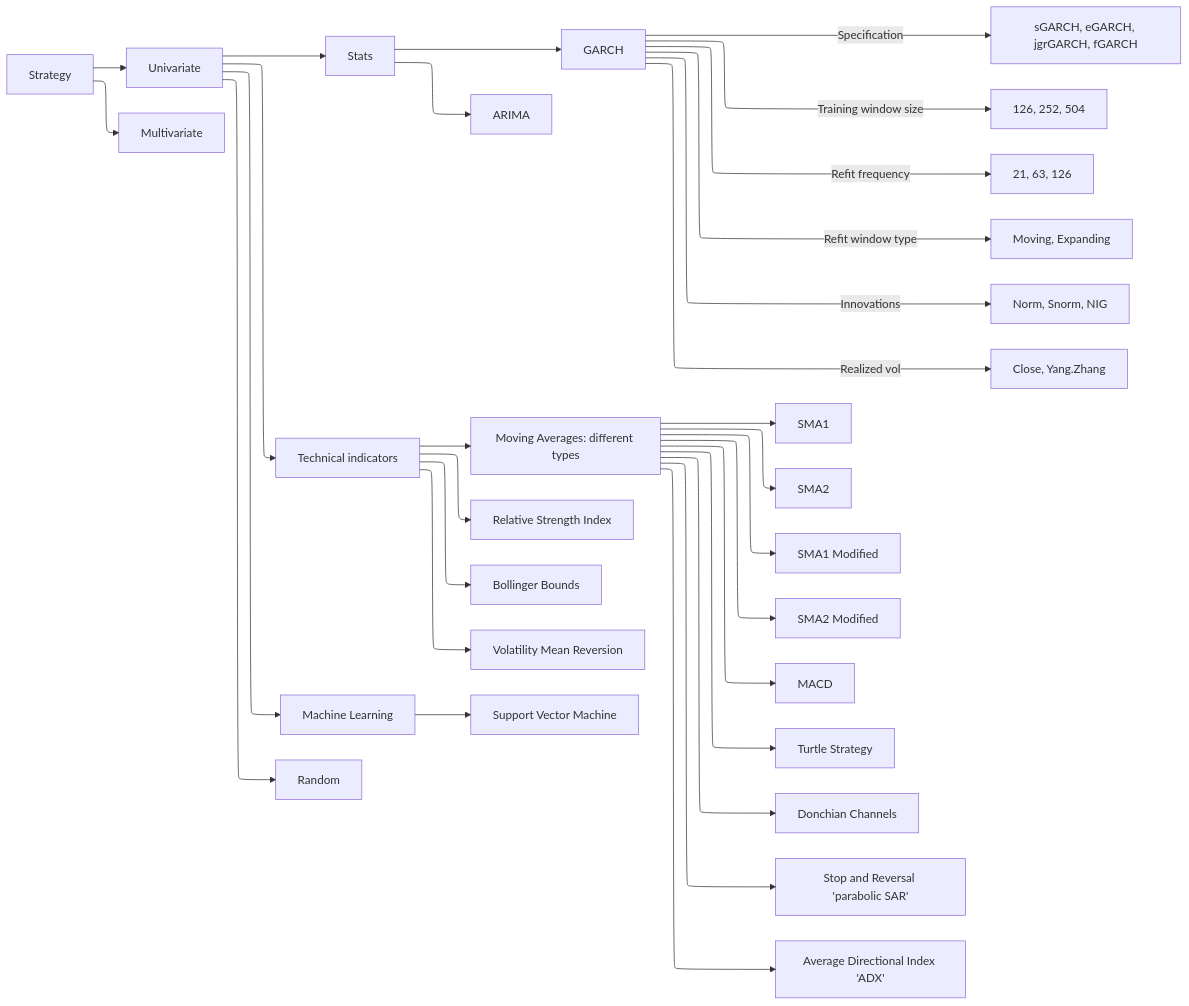
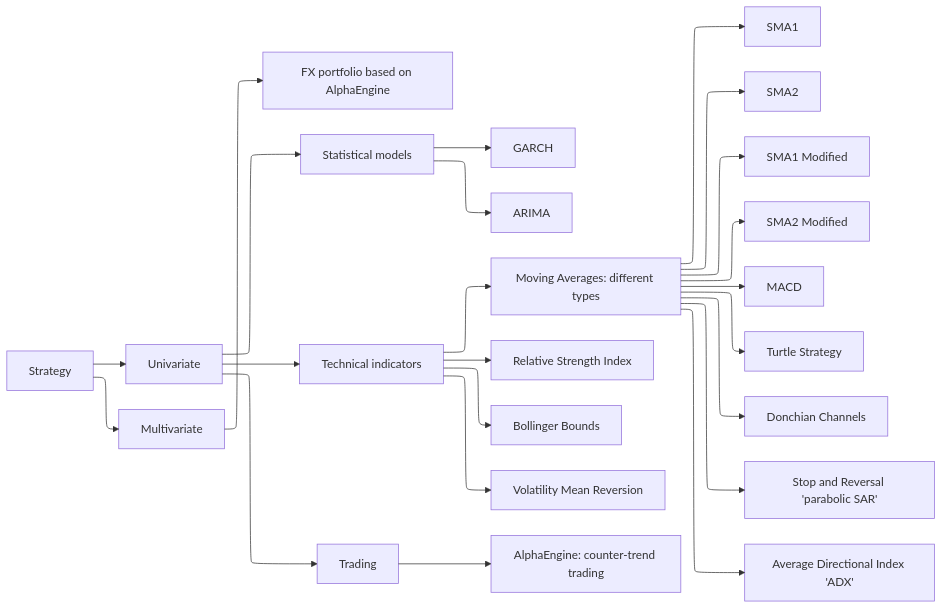
The diagram in README.md (kraif999/ATS), drawn with Mermaid before and after one commit. The commit also changed other lines of this file, not shown here.

````diff
--- a/README.md
+++ b/README.md
@@ -11,32 +17,26 @@
 ```mermaid
 %%{init: {"flowchart": {"defaultRenderer": "elk", "nodeWidth": 1000}}}%%
 flowchart LR
     Strategy[Strategy] --> Univariate[Univariate]
     Strategy --> Multivariate[Multivariate]
+    Multivariate --> alphaportfolio[FX portfolio based on AlphaEngine]
     Univariate --> Stats[Stats]
-    Stats[Stats] --> GARCH
-    GARCH -->|Specification| spec[sGARCH, eGARCH, jgrGARCH, fGARCH]
-    GARCH -->|Training window size| training[126, 252, 504]
-    GARCH -->|Refit frequency| refit[21, 63, 126]
-    GARCH -->|Refit window type| type[Moving, Expanding]
-    GARCH -->|Innovations| distr[Norm, Snorm, NIG]
-    GARCH -->|Realized vol| rv[Close, Yang.Zhang]
-    Stats[Stats] --> ARIMA
+    Stats[Statistical models] --> GARCH
+    Stats[Statistical models] --> ARIMA
     Univariate --> Tech[Technical indicators]
     Tech --> ma[Moving Averages: different types]
     ma --> sma1[SMA1]
     ma --> sma2[SMA2]
     ma --> sma1m[SMA1 Modified]
     ma --> sma2m[SMA2 Modified]
     ma --> macd[MACD]
     ma --> tt[Turtle Strategy]
     ma --> dc[Donchian Channels]
     ma --> sra[Stop and Reversal 'parabolic SAR']
     ma --> adx[Average Directional Index 'ADX']
     Tech --> rsi[Relative Strength Index]
     Tech --> bb[Bollinger Bounds]
     Tech --> vol[Volatility Mean Reversion]
-    Univariate --> ml[Machine Learning]
-    ml --> svm[Support Vector Machine]
-    Univariate --> r[Random]
+    Univariate --> other[Trading]
+    other --> alpha1[AlphaEngine: counter-trend trading]
 ```
````
